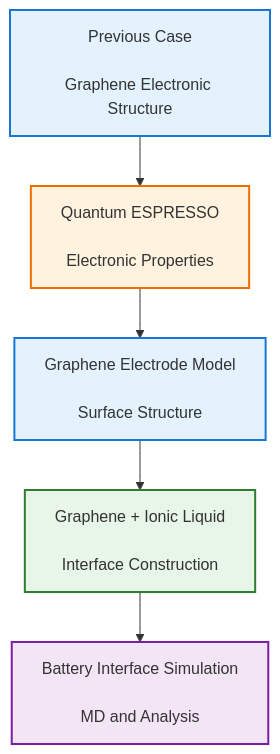
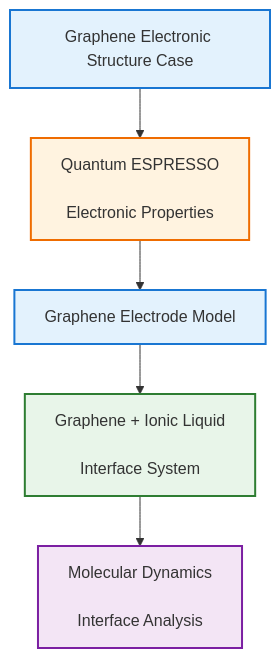
One commit to lala002-brin/MKI-Workshop changed the seventh of 7 diagrams in docs/hands-on-project/research-cases/graphene-ionic-liquid-interface/index.md. Above: the diagram before and after it, drawn with Mermaid. The commit also changed other lines of this file and 3 other files, not shown here.

````diff
--- a/docs/hands-on-project/research-cases/graphene-ionic-liquid-interface/index.md
+++ b/docs/hands-on-project/research-cases/graphene-ionic-liquid-interface/index.md
@@ -835,33 +911,33 @@
 ```mermaid
 flowchart TD
 
-A["Previous Case<br><br>Graphene Electronic Structure"]
+A["Graphene Electronic Structure Case"]
 
 B["Quantum ESPRESSO<br><br>Electronic Properties"]
 
-C["Graphene Electrode Model<br><br>Surface Structure"]
+C["Graphene Electrode Model"]
 
-D["Graphene + Ionic Liquid<br><br>Interface Construction"]
+D["Graphene + Ionic Liquid<br><br>Interface System"]
 
-E["Battery Interface Simulation<br><br>MD and Analysis"]
+E["Molecular Dynamics<br><br>Interface Analysis"]
 
 
 A --> B
 B --> C
 C --> D
 D --> E
 
 
 classDef previous fill:#e3f2fd,stroke:#1976d2,stroke-width:2px;
 classDef qe fill:#fff3e0,stroke:#ef6c00,stroke-width:2px;
 classDef interface fill:#e8f5e9,stroke:#2e7d32,stroke-width:2px;
-classDef final fill:#f3e5f5,stroke:#7b1fa2,stroke-width:2px;
+classDef analysis fill:#f3e5f5,stroke:#7b1fa2,stroke-width:2px;
 
 
 class A previous;
 class B qe;
 class C previous;
 class D interface;
-class E final;
+class E analysis;
 
 ```
````
